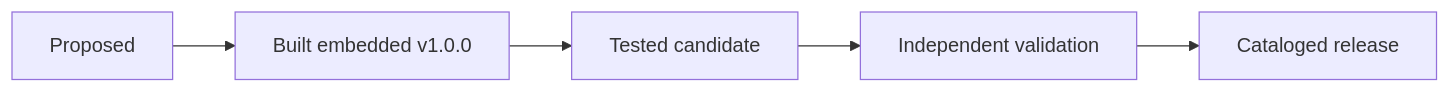
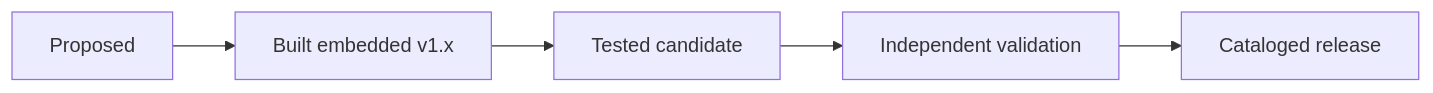
The first of 2 diagrams in README.md (swl126/ai-skills), drawn with Mermaid before and after one commit. The commit also changed other lines of this file and 27 other files, not shown here.

````diff
--- a/README.md
+++ b/README.md
@@ -113,7 +125,7 @@
 ```mermaid
 flowchart LR
-    P["Proposed"] --> E["Built embedded v1.0.0"]
+    P["Proposed"] --> E["Built embedded v1.x"]
     E --> T["Tested candidate"]
     T --> V["Independent validation"]
     V --> G["Cataloged release"]
 ```
````
